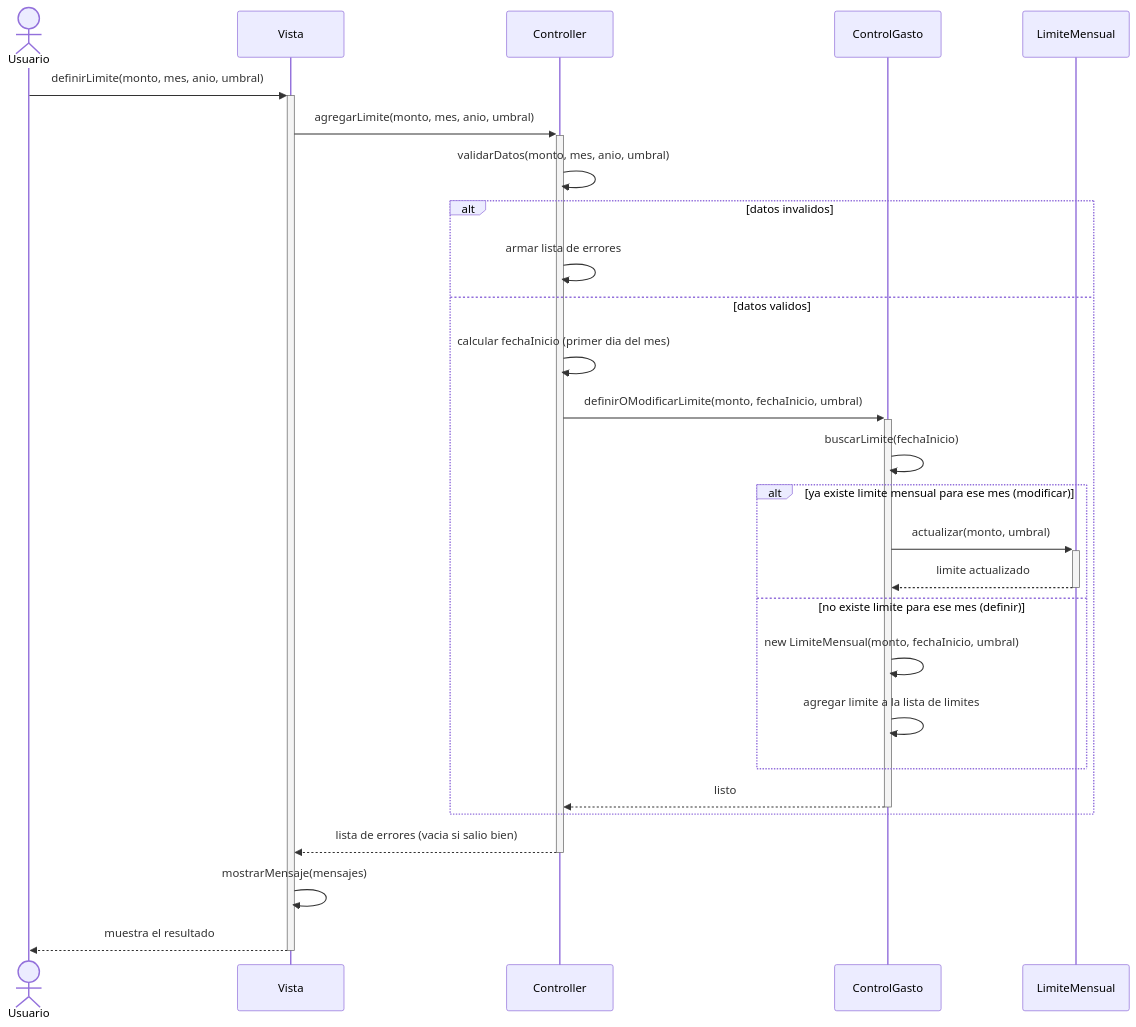
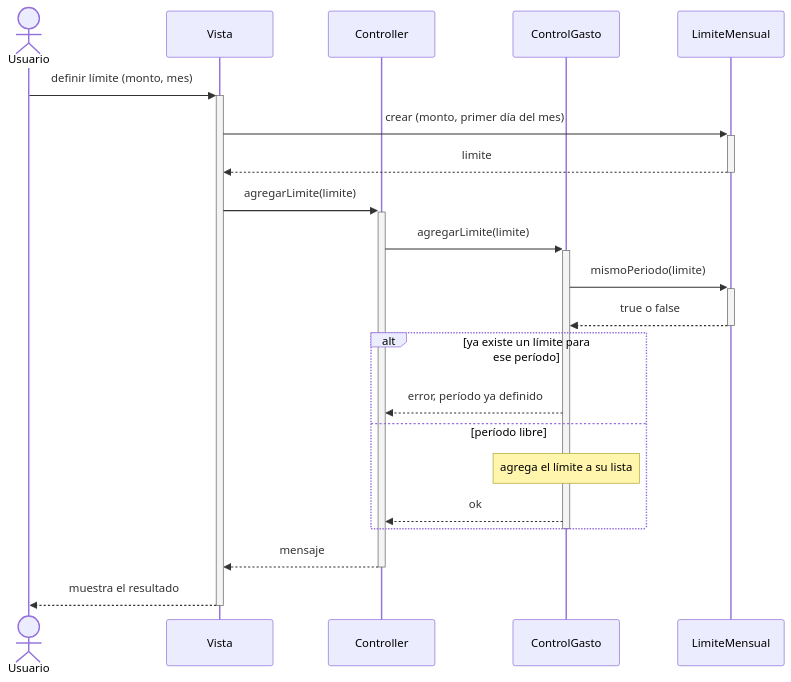
Before and after one commit to morenastolerman/Gestor-de-gastos: the diagram in Diagramas/CU5.md, drawn with Mermaid.

````diff
--- a/Diagramas/CU5.md
+++ b/Diagramas/CU5.md
@@ -1,37 +3,27 @@
-``` mermaid
+```mermaid
 sequenceDiagram
     actor Usuario
-    participant V as Vista
-    participant C as Controller
-    participant CG as ControlGasto
-    participant LM as LimiteMensual
+    participant Vista
+    participant Controller
+    participant ControlGasto
+    participant LimiteMensual
 
-    Usuario->>+V: definirLimite(monto, mes, anio, umbral)
-    V->>+C: agregarLimite(monto, mes, anio, umbral)
+    Usuario->>+Vista: definir límite (monto, mes)
+    Vista->>+LimiteMensual: crear (monto, primer día del mes)
+    LimiteMensual-->>-Vista: limite
+    Vista->>+Controller: agregarLimite(limite)
+    Controller->>+ControlGasto: agregarLimite(limite)
+    ControlGasto->>+LimiteMensual: mismoPeriodo(limite)
+    LimiteMensual-->>-ControlGasto: true o false
 
-    C->>C: validarDatos(monto, mes, anio, umbral)
+    alt ya existe un límite para ese período
+        ControlGasto-->>Controller: error, período ya definido
+    else período libre
+        Note over ControlGasto: agrega el límite a su lista
+        ControlGasto-->>Controller: ok
+    end
+    deactivate ControlGasto
 
-    alt datos invalidos
-        C->>C: armar lista de errores
-    else datos validos
-        C->>C: calcular fechaInicio (primer dia del mes)
-        C->>+CG: definirOModificarLimite(monto, fechaInicio, umbral)
-
-        CG->>CG: buscarLimite(fechaInicio)
-
-        alt ya existe limite mensual para ese mes (modificar)
-            CG->>+LM: actualizar(monto, umbral)
-            LM-->>-CG: limite actualizado
-        else no existe limite para ese mes (definir)
-            CG->>CG: new LimiteMensual(monto, fechaInicio, umbral)
-            CG->>CG: agregar limite a la lista de limites
-        end
-
-        CG-->>-C: listo
-    end
-
-    C-->>-V: lista de errores (vacia si salio bien)
-    V->>V: mostrarMensaje(mensajes)
-    V-->>-Usuario: muestra el resultado
-
+    Controller-->>-Vista: mensaje
+    Vista-->>-Usuario: muestra el resultado
 ```
````
